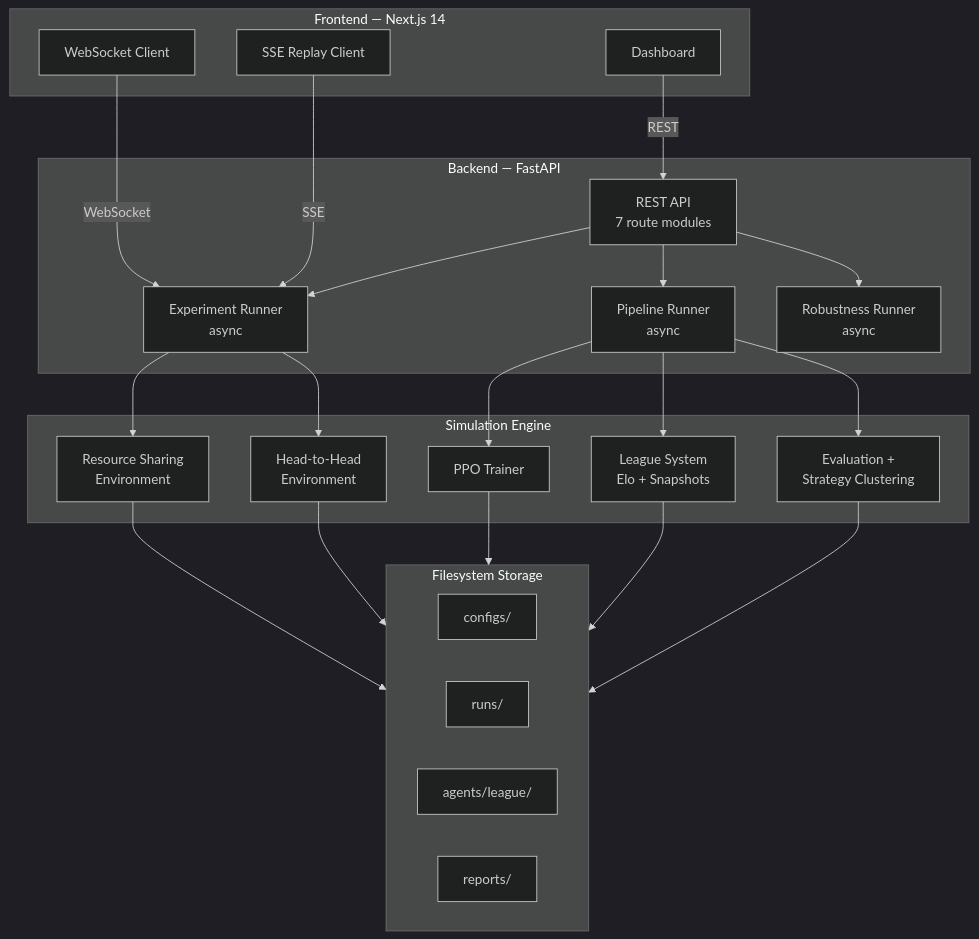
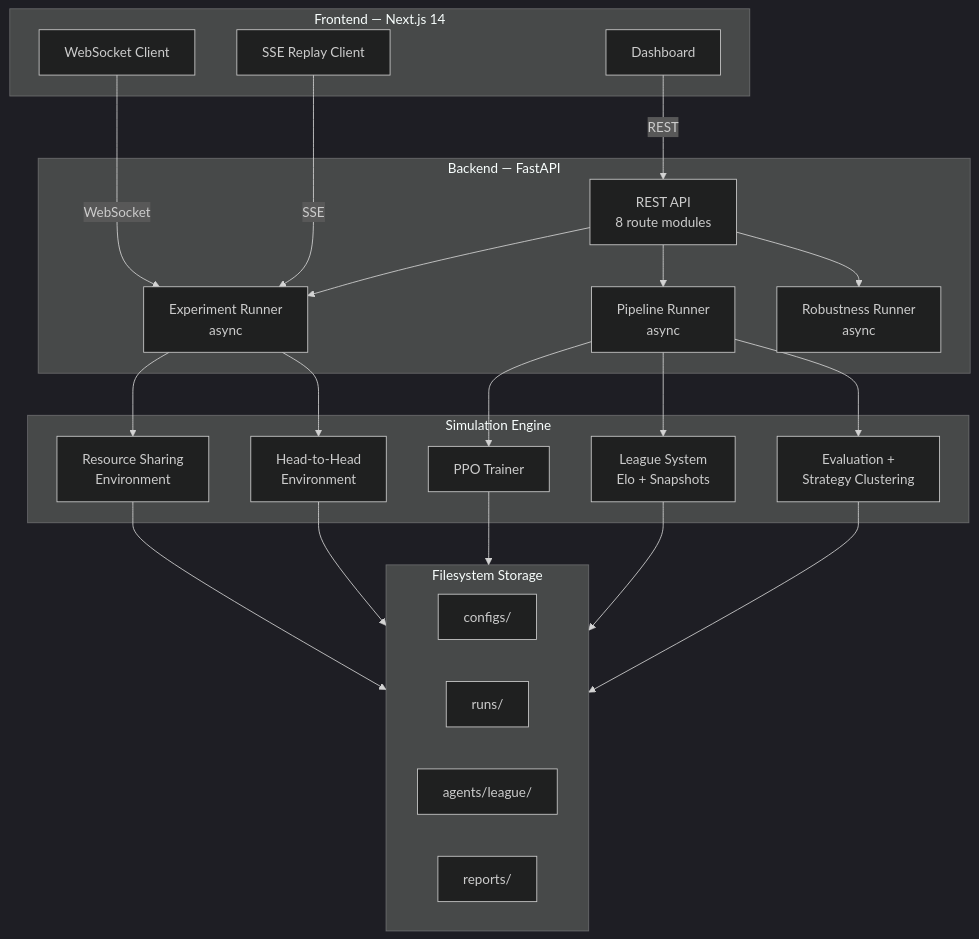
One commit to Harsh-617/multi-agent-sim changed the second of 3 diagrams in README.md. Above: the diagram before and after it, drawn with Mermaid (dark theme). The commit also changed other lines of this file and 2 other files, not shown here.

````diff
--- a/README.md
+++ b/README.md
@@ -50,47 +50,47 @@
 ```mermaid
 flowchart TD
     subgraph Frontend["Frontend — Next.js 14"]
         UI[Dashboard]
         WS[WebSocket Client]
         SSE[SSE Replay Client]
     end
 
     subgraph Backend["Backend — FastAPI"]
-        API[REST API\n7 route modules]
+        API[REST API\n8 route modules]
         Runner[Experiment Runner\nasync]
         Pipeline[Pipeline Runner\nasync]
         Robustness[Robustness Runner\nasync]
     end
 
     subgraph Simulation["Simulation Engine"]
         Mixed[Resource Sharing\nEnvironment]
         Competitive[Head-to-Head\nEnvironment]
         PPO[PPO Trainer]
         League[League System\nElo + Snapshots]
         Eval[Evaluation +\nStrategy Clustering]
     end
 
     subgraph Storage["Filesystem Storage"]
         Configs[configs/]
         Runs[runs/]
         Agents[agents/league/]
         Reports[reports/]
     end
 
     UI -->|REST| API
     WS -->|WebSocket| Runner
     SSE -->|SSE| Runner
     API --> Runner
     API --> Pipeline
     API --> Robustness
     Runner --> Mixed
     Runner --> Competitive
     Pipeline --> PPO
     Pipeline --> League
     Pipeline --> Eval
     Mixed --> Storage
     Competitive --> Storage
     PPO --> Storage
     League --> Storage
     Eval --> Storage
 ```
````
